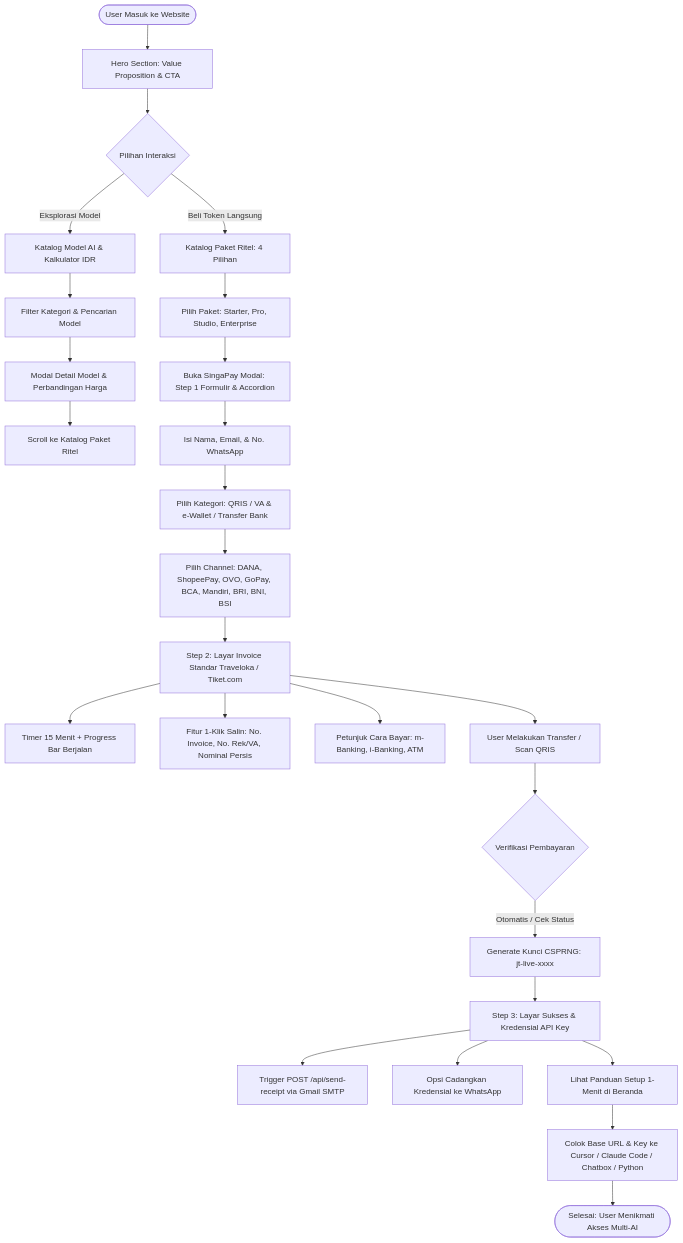
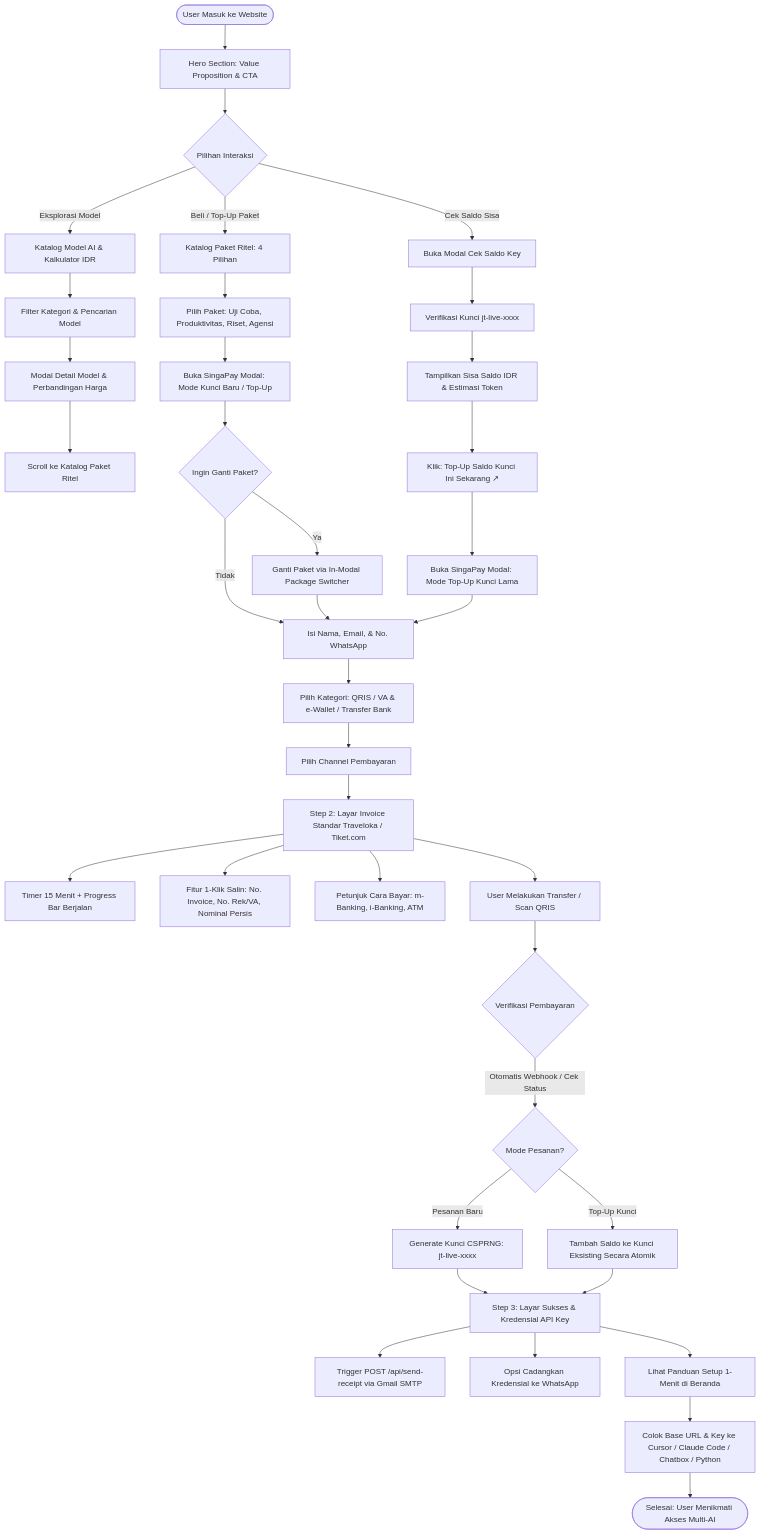
One commit to Whyzenn07/juragan-token-web changed the first of 5 diagrams in docs/PRD_JURAGAN_TOKEN.md. Above: the diagram before and after it, drawn with Mermaid. The commit also changed other lines of this file, not shown here.

Commit message:
docs(prd): upgrade PRD to v2.2.0 with top-up lifecycle, webhooks, zero-retention privacy, and KPIs

````diff
--- a/docs/PRD_JURAGAN_TOKEN.md
+++ b/docs/PRD_JURAGAN_TOKEN.md
@@ -35,35 +40,51 @@
 ```mermaid
 flowchart TD
     Start([User Masuk ke Website]) --> Hero[Hero Section: Value Proposition & CTA]
     Hero --> Choice{Pilihan Interaksi}
     
     Choice -->|Eksplorasi Model| Catalog[Katalog Model AI & Kalkulator IDR]
     Catalog --> Filter[Filter Kategori & Pencarian Model]
     Filter --> DetailModel[Modal Detail Model & Perbandingan Harga]
     DetailModel --> RetailAnchor[Scroll ke Katalog Paket Ritel]
     
-    Choice -->|Beli Token Langsung| Retail[Katalog Paket Ritel: 4 Pilihan]
-    Retail --> SelectPkg[Pilih Paket: Starter, Pro, Studio, Enterprise]
+    Choice -->|Cek Saldo Sisa| BalancePortal[Buka Modal Cek Saldo Key]
+    BalancePortal --> VerifyOldKey[Verifikasi Kunci jt-live-xxxx]
+    VerifyOldKey --> ShowBalance[Tampilkan Sisa Saldo IDR & Estimasi Token]
+    ShowBalance --> DirectTopUp[Klik: Top-Up Saldo Kunci Ini Sekarang ↗]
     
-    SelectPkg --> OpenCheckout[Buka SingaPay Modal: Step 1 Formulir & Accordion]
-    OpenCheckout --> InputData[Isi Nama, Email, & No. WhatsApp]
+    Choice -->|Beli / Top-Up Paket| Retail[Katalog Paket Ritel: 4 Pilihan]
+    Retail --> SelectPkg[Pilih Paket: Uji Coba, Produktivitas, Riset, Agensi]
+    
+    DirectTopUp --> OpenCheckout[Buka SingaPay Modal: Mode Top-Up Kunci Lama]
+    SelectPkg --> OpenCheckoutNew[Buka SingaPay Modal: Mode Kunci Baru / Top-Up]
+    
+    OpenCheckoutNew --> InModalSwitch{Ingin Ganti Paket?}
+    InModalSwitch -->|Ya| SwitchPkg[Ganti Paket via In-Modal Package Switcher]
+    InModalSwitch -->|Tidak| InputData[Isi Nama, Email, & No. WhatsApp]
+    SwitchPkg --> InputData
+    OpenCheckout --> InputData
+    
     InputData --> SelectAccordion[Pilih Kategori: QRIS / VA & e-Wallet / Transfer Bank]
-    SelectAccordion --> SelectChannel[Pilih Channel: DANA, ShopeePay, OVO, GoPay, BCA, Mandiri, BRI, BNI, BSI]
+    SelectAccordion --> SelectChannel[Pilih Channel Pembayaran]
     
     SelectChannel --> StepInvoice[Step 2: Layar Invoice Standar Traveloka / Tiket.com]
     StepInvoice --> CountdownTimer[Timer 15 Menit + Progress Bar Berjalan]
     StepInvoice --> CopyDetails[Fitur 1-Klik Salin: No. Invoice, No. Rek/VA, Nominal Persis]
     StepInvoice --> GuideTabs[Petunjuk Cara Bayar: m-Banking, i-Banking, ATM]
     
     StepInvoice --> UserPay[User Melakukan Transfer / Scan QRIS]
     UserPay --> VerifyPay{Verifikasi Pembayaran}
-    VerifyPay -->|Otomatis / Cek Status| GenerateKey[Generate Kunci CSPRNG: jt-live-xxxx]
+    VerifyPay -->|Otomatis Webhook / Cek Status| CheckMode{Mode Pesanan?}
+    
+    CheckMode -->|Pesanan Baru| GenerateKey[Generate Kunci CSPRNG: jt-live-xxxx]
+    CheckMode -->|Top-Up Kunci| AddBalance[Tambah Saldo ke Kunci Eksisting Secara Atomik]
     
     GenerateKey --> StepSuccess[Step 3: Layar Sukses & Kredensial API Key]
+    AddBalance --> StepSuccess
+    
     StepSuccess --> SendEmailTrigger[Trigger POST /api/send-receipt via Gmail SMTP]
     StepSuccess --> BackupWA[Opsi Cadangkan Kredensial ke WhatsApp]
-    
     StepSuccess --> SetupGuide[Lihat Panduan Setup 1-Menit di Beranda]
     SetupGuide --> ColokTools[Colok Base URL & Key ke Cursor / Claude Code / Chatbox / Python]
     ColokTools --> Done([Selesai: User Menikmati Akses Multi-AI])
 ```
````
